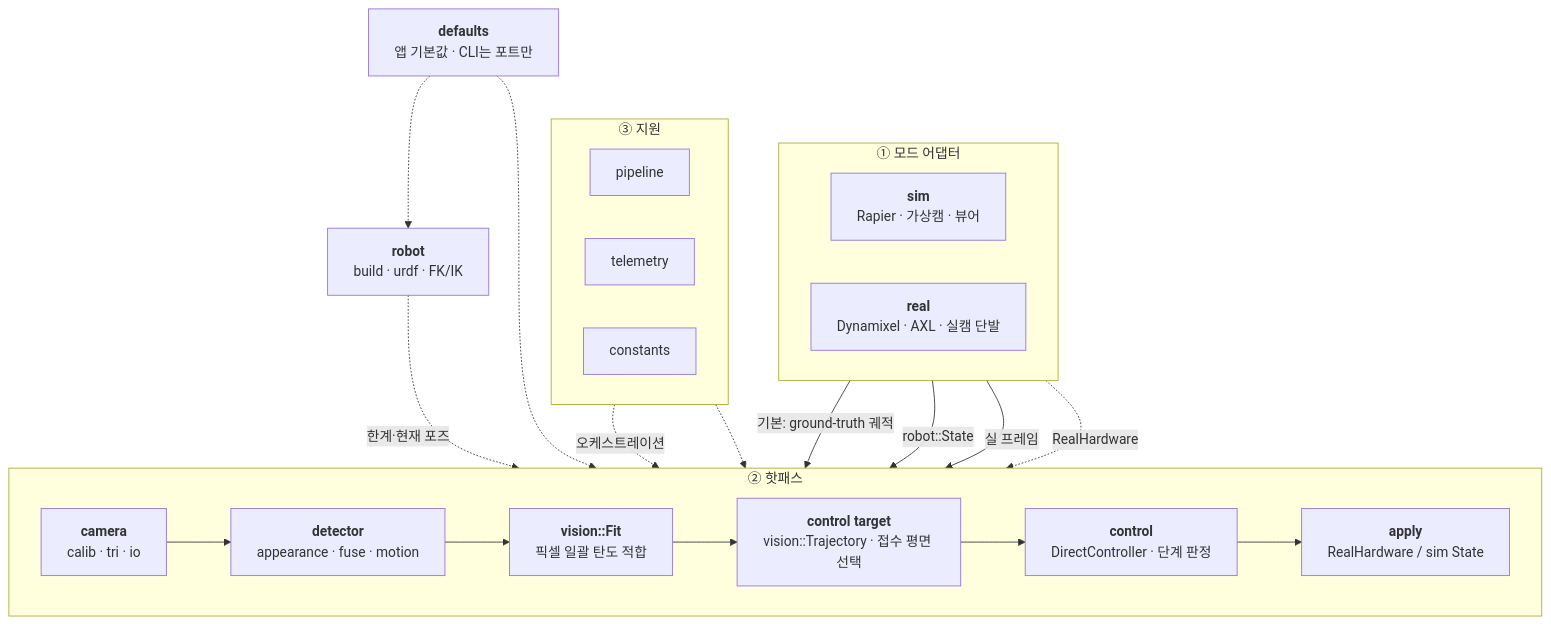
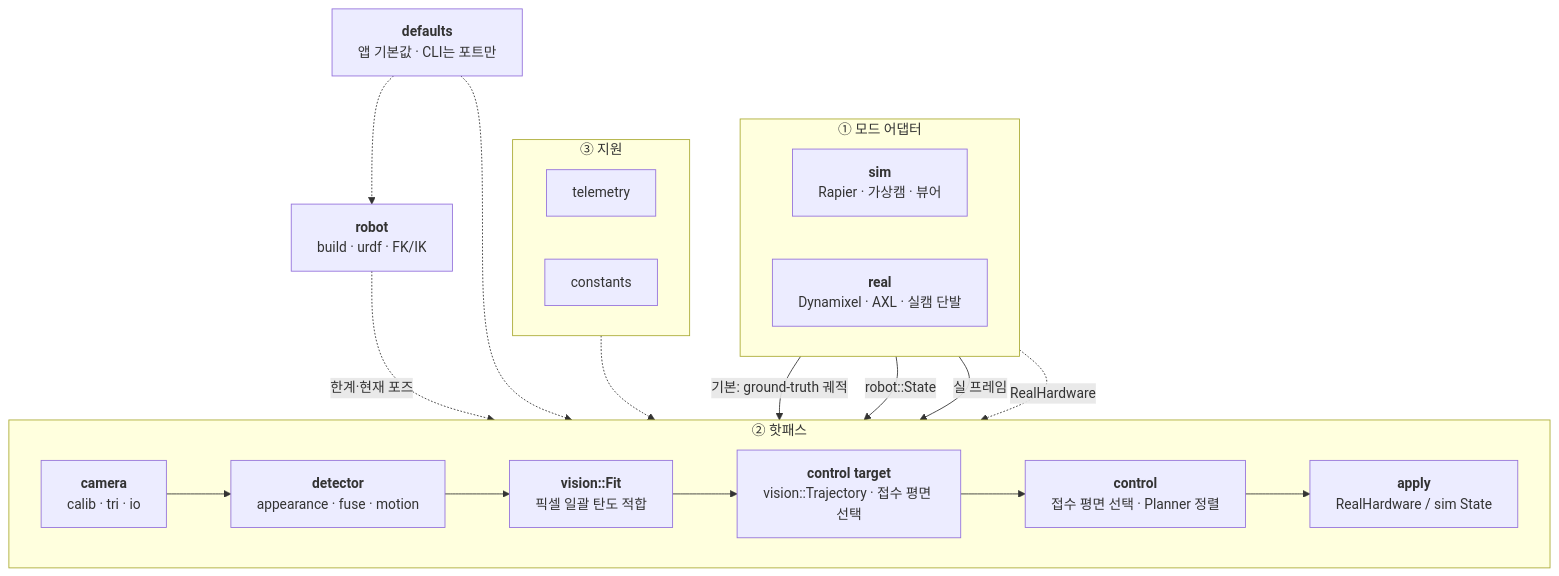
Before and after one commit to luv-all/pingpong-bot: the first of 4 diagrams in README.md, drawn with Mermaid. The commit also changed other lines of this file and 20 other files, not shown here.

````diff
--- a/README.md
+++ b/README.md
@@ -381,41 +383,39 @@
 ```mermaid
 flowchart TB
   defaults["<b>defaults</b><br/>앱 기본값 · CLI는 포트만"]
 
   subgraph adapters ["① 모드 어댑터"]
     direction LR
     sim["<b>sim</b><br/>Rapier · 가상캠 · 뷰어"]
     real["<b>real</b><br/>Dynamixel · AXL · 실캠 단발"]
   end
 
   subgraph hot ["② 핫패스"]
     direction LR
     camera["<b>camera</b><br/>calib · tri · io"]
     detector["<b>detector</b><br/>appearance · fuse · motion"]
     estimator["<b>vision::Fit</b><br/>픽셀 일괄 탄도 적합"]
     target["<b>control target</b><br/>vision::Trajectory · 접수 평면 선택"]
-    control["<b>control</b><br/>DirectController · 단계 판정"]
+    control["<b>control</b><br/>접수 평면 선택 · Planner 정렬"]
     hardware["<b>apply</b><br/>RealHardware / sim State"]
     camera --> detector --> estimator --> target --> control --> hardware
   end
 
   robot["<b>robot</b><br/>build · urdf · FK/IK"]
   defaults -.-> hot
   defaults -.-> robot
   robot -.->|한계·현재 포즈| control
 
   sim -->|기본: ground-truth 궤적| target
   sim -->|robot::State| hardware
   real -->|실 프레임| camera
   real -.->|RealHardware| hardware
 
   subgraph support ["③ 지원"]
     direction LR
-    pipeline["pipeline"]
     telemetry["telemetry"]
     constants["constants"]
   end
 
-  pipeline -.->|오케스트레이션| hot
   constants -.-> hot
 ```
````
